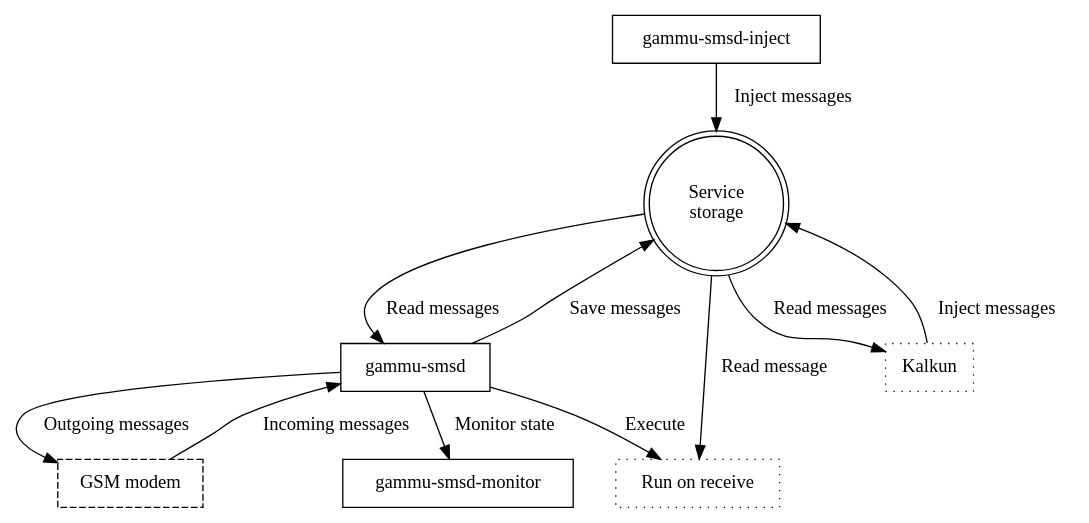
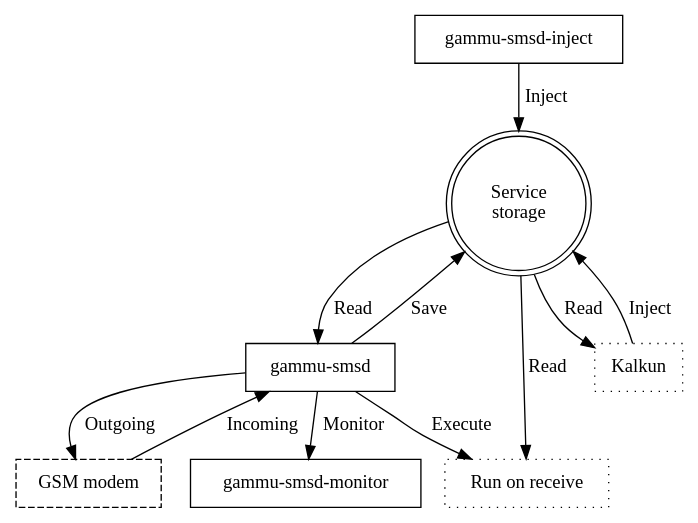
The diagram in docs/manual/smsd/overview.rst (gammu/gammu), drawn with Graphviz before and after one commit.

Commit message:
Shorter labels.

```diff
--- a/docs/manual/smsd/overview.rst
+++ b/docs/manual/smsd/overview.rst
@@ -14,21 +14,21 @@
 .. graphviz::
 
    digraph smsdinteractions {
        "gammu-smsd-inject" [shape=box];
        "gammu-smsd" [shape=box];
        "Run on receive" [shape=box, style=dotted];
        "GSM modem" [shape=box, style=dashed];
        "gammu-smsd-monitor" [shape=box];
        "Service\nstorage" [shape=doublecircle];
        "Kalkun" [shape=box, style=dotted];
-       "gammu-smsd" -> "GSM modem" [label="Outgoing messages"];
-       "GSM modem" -> "gammu-smsd" [label="Incoming messages"];
-       "gammu-smsd" -> "Service\nstorage" [label="Save messages"];
-       "Service\nstorage" -> "gammu-smsd" [label="Read messages"];
+       "gammu-smsd" -> "GSM modem" [label="Outgoing"];
+       "GSM modem" -> "gammu-smsd" [label="Incoming"];
+       "gammu-smsd" -> "Service\nstorage" [label="Save"];
+       "Service\nstorage" -> "gammu-smsd" [label="Read"];
        "gammu-smsd" -> "Run on receive" [label="Execute"];
-       "Service\nstorage" -> "Run on receive" [label="Read message"];
-       "Kalkun" -> "Service\nstorage" [label="Inject messages"];
-       "Service\nstorage" -> "Kalkun" [label="Read messages"];
-       "gammu-smsd-inject" -> "Service\nstorage" [label="Inject messages"];
-       "gammu-smsd" -> "gammu-smsd-monitor" [label="Monitor state"];
+       "Service\nstorage" -> "Run on receive" [label="Read"];
+       "Kalkun" -> "Service\nstorage" [label="Inject"];
+       "Service\nstorage" -> "Kalkun" [label="Read"];
+       "gammu-smsd-inject" -> "Service\nstorage" [label="Inject"];
+       "gammu-smsd" -> "gammu-smsd-monitor" [label="Monitor"];
    }
```
